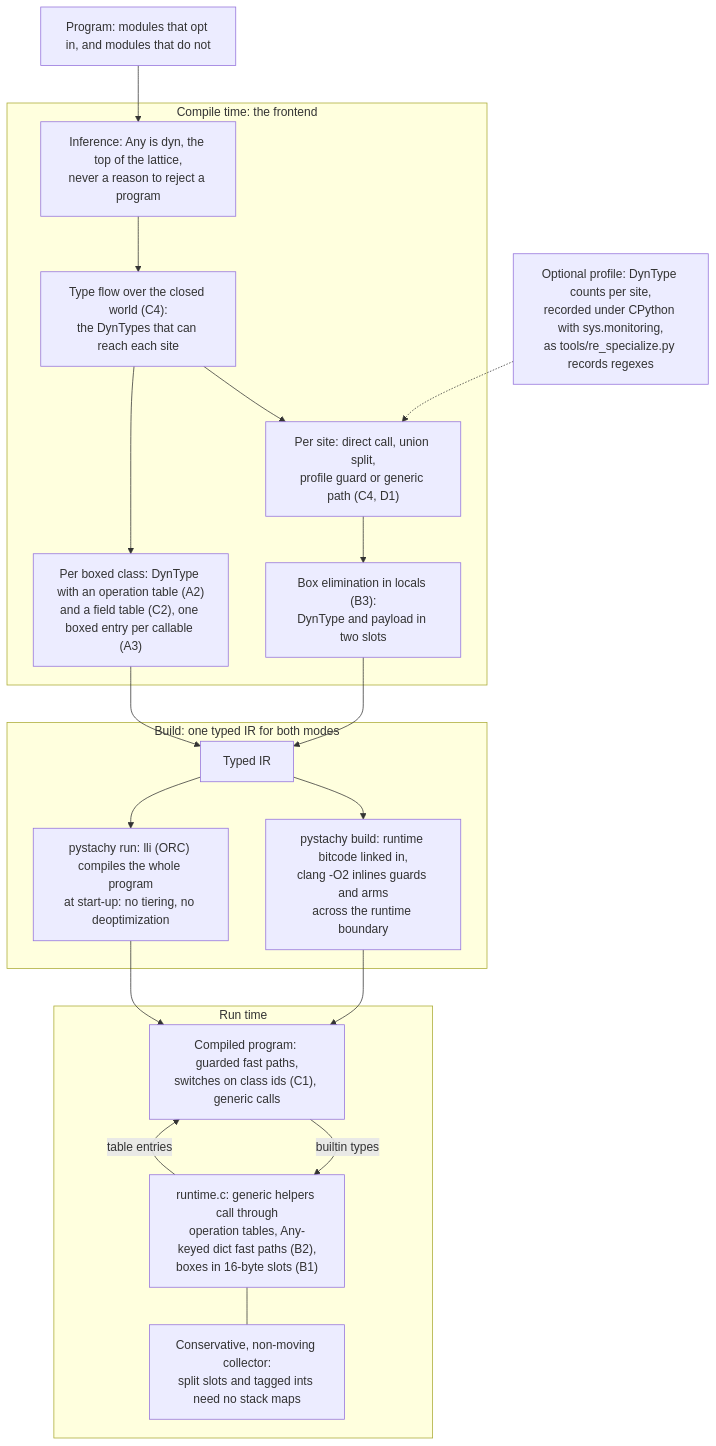
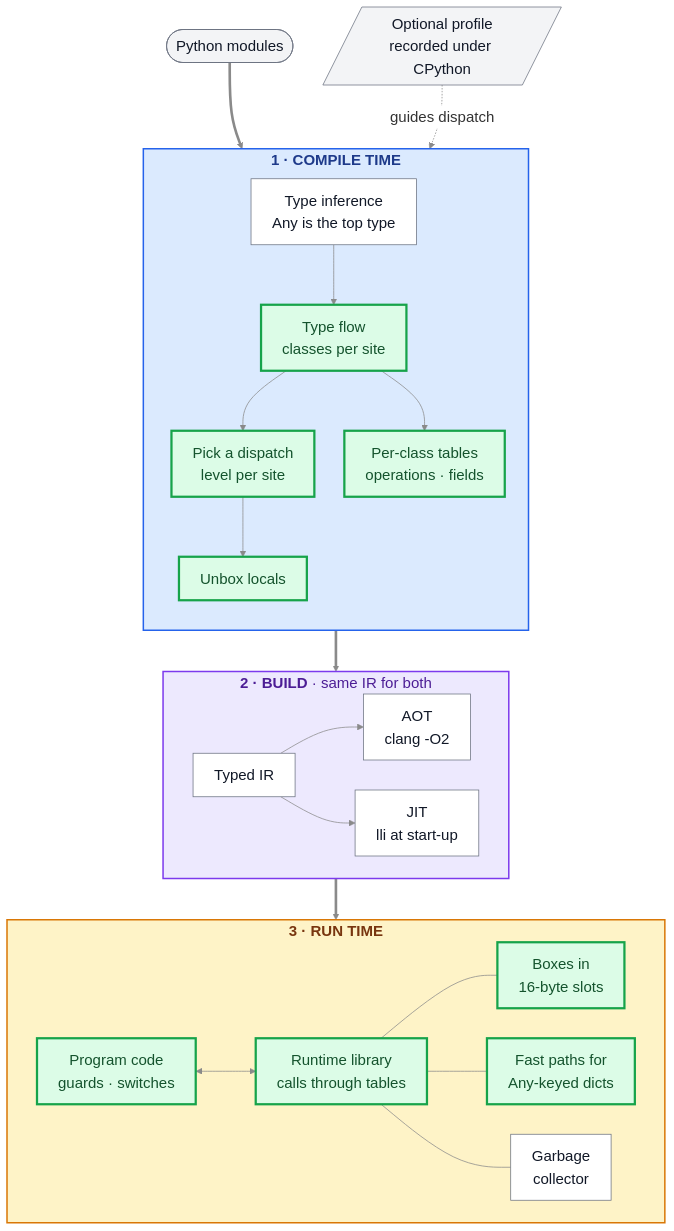
One commit to den-run-ai/pystachy changed the second of 4 diagrams in research/dynamic-any-roadmap/README.md. Above: the diagram before and after it, drawn with Mermaid. The commit also changed other lines of this file, not shown here.

First line of the commit message:
Dynamic Any roadmap: redraw the diagrams with short labels, colored regions and dispatch levels

````diff
--- a/research/dynamic-any-roadmap/README.md
+++ b/research/dynamic-any-roadmap/README.md
@@ -192,37 +220,54 @@
 ```mermaid
-flowchart TD
-    src["Program: modules that opt in, and modules that do not"]
-    prof["Optional profile: DynType counts per site,<br/>recorded under CPython with sys.monitoring,<br/>as tools/re_specialize.py records regexes"]
-    subgraph ct["Compile time: the frontend"]
-        infer["Inference: Any is dyn, the top of the lattice,<br/>never a reason to reject a program"]
-        flow["Type flow over the closed world (C4):<br/>the DynTypes that can reach each site"]
-        choose["Per site: direct call, union split,<br/>profile guard or generic path (C4, D1)"]
-        unbox["Box elimination in locals (B3):<br/>DynType and payload in two slots"]
-        tables["Per boxed class: DynType with an operation table (A2)<br/>and a field table (C2), one boxed entry per callable (A3)"]
-        infer --> flow
-        flow --> choose
-        choose --> unbox
-        flow --> tables
+%%{init: {"theme": "base", "themeVariables": {"fontSize": "20px", "lineColor": "#8a8a8a", "edgeLabelBackground": "#ffffff", "textColor": "#1f2937"}, "flowchart": {"nodeSpacing": 40, "rankSpacing": 55, "padding": 14}}}%%
+flowchart TB
+    src(["Python modules"])
+    prof[/"Optional profile<br/>recorded under CPython"/]
+
+    subgraph L1["<b>1 · COMPILE TIME</b>"]
+        direction TB
+        p1["Type inference<br/>Any is the top type"]
+        p2["Type flow<br/>classes per site"]
+        p3["Pick a dispatch<br/>level per site"]
+        p4["Unbox locals"]
+        p5["Per-class tables<br/>operations · fields"]
+        p1 --> p2 --> p3 --> p4
+        p2 --> p5
     end
-    src --> infer
-    prof -.-> choose
-    subgraph build["Build: one typed IR for both modes"]
-        ir["Typed IR"]
-        aot["pystachy build: runtime bitcode linked in,<br/>clang -O2 inlines guards and arms<br/>across the runtime boundary"]
-        jit["pystachy run: lli (ORC) compiles the whole program<br/>at start-up: no tiering, no deoptimization"]
-        ir --> aot
-        ir --> jit
+
+    subgraph L2["<b>2 · BUILD</b> · same IR for both"]
+        direction LR
+        q1["Typed IR"]
+        q2["AOT<br/>clang -O2"]
+        q3["JIT<br/>lli at start-up"]
+        q1 --> q2
+        q1 --> q3
     end
-    unbox --> ir
-    tables --> ir
-    subgraph run["Run time"]
-        code["Compiled program: guarded fast paths,<br/>switches on class ids (C1), generic calls"]
-        lib["runtime.c: generic helpers call through<br/>operation tables, Any-keyed dict fast paths (B2),<br/>boxes in 16-byte slots (B1)"]
-        gc["Conservative, non-moving collector:<br/>split slots and tagged ints need no stack maps"]
-        code -->|"builtin types"| lib
-        lib -->|"table entries"| code
-        lib --- gc
+
+    subgraph L3["<b>3 · RUN TIME</b>"]
+        direction LR
+        s1["Program code<br/>guards · switches"]
+        s2["Runtime library<br/>calls through tables"]
+        s3["Boxes in<br/>16-byte slots"]
+        s5["Fast paths for<br/>Any-keyed dicts"]
+        s4["Garbage<br/>collector"]
+        s1 <--> s2
+        s2 --- s3
+        s2 --- s5
+        s2 --- s4
     end
-    aot --> code
-    jit --> code
+
+    src ==> L1
+    prof -.->|"guides dispatch"| L1
+    L1 ==> L2
+    L2 ==> L3
+
+    classDef base fill:#ffffff,stroke:#6b7280,stroke-width:1px,color:#111827
+    classDef new fill:#dcfce7,stroke:#16a34a,stroke-width:3px,color:#14532d
+    classDef input fill:#f3f4f6,stroke:#6b7280,stroke-width:1px,color:#111827
+    class p1,q1,q2,q3,s4 base
+    class p2,p3,p4,p5,s1,s2,s3,s5 new
+    class src,prof input
+    style L1 fill:#dbeafe,stroke:#2563eb,stroke-width:2px,color:#1e3a8a
+    style L2 fill:#ede9fe,stroke:#7c3aed,stroke-width:2px,color:#4c1d95
+    style L3 fill:#fef3c7,stroke:#d97706,stroke-width:2px,color:#78350f
 ```
````
